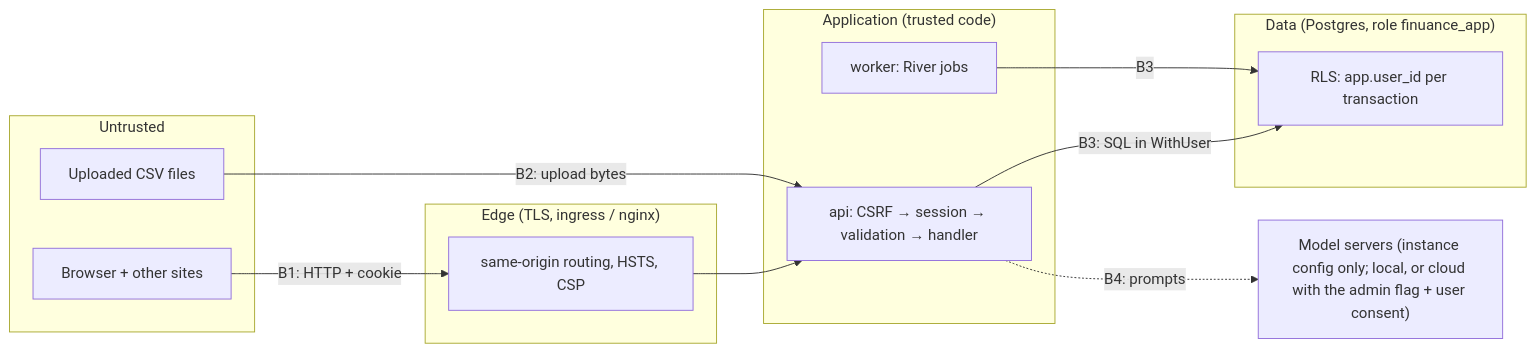
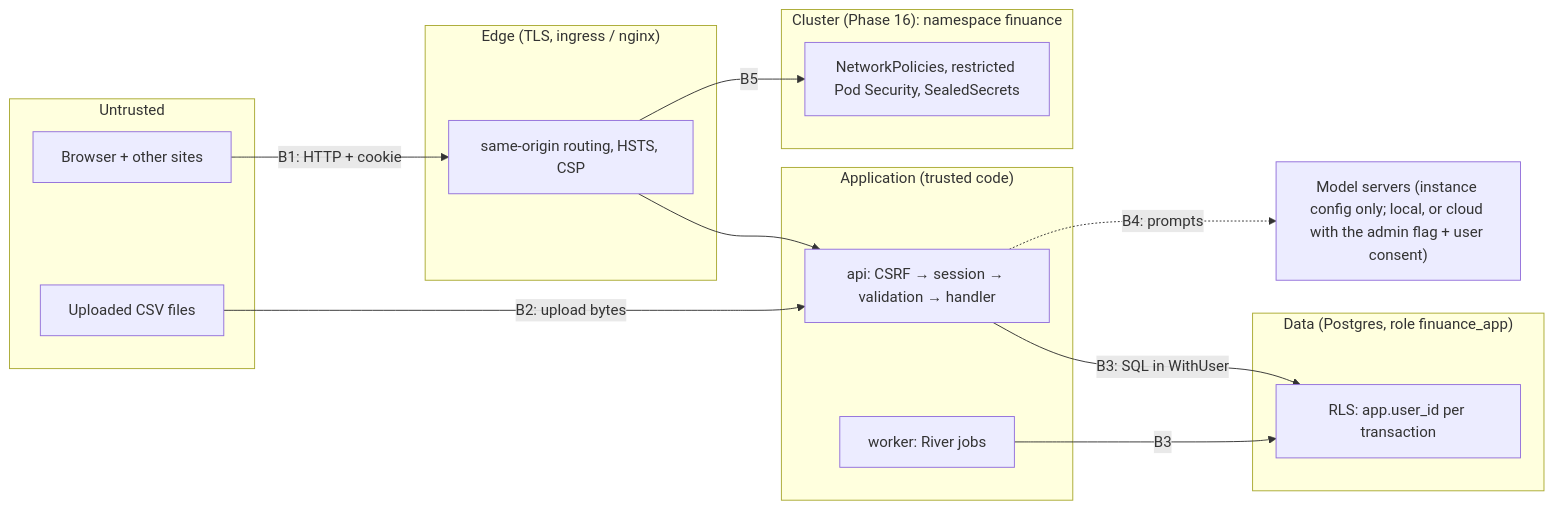
Before and after one commit to x2db736ac85h/Finuance: the diagram in docs/THREAT-MODEL.md, drawn with Mermaid. The commit also changed other lines of this file and 4 other files, not shown here.

````diff
--- a/docs/THREAT-MODEL.md
+++ b/docs/THREAT-MODEL.md
@@ -33,24 +33,28 @@
 ```mermaid
 flowchart LR
     subgraph untrusted["Untrusted"]
         browser["Browser + other sites"]
         files["Uploaded CSV files"]
     end
     subgraph edge["Edge (TLS, ingress / nginx)"]
         ingress["same-origin routing, HSTS, CSP"]
     end
     subgraph app["Application (trusted code)"]
         api["api: CSRF → session → validation → handler"]
         worker["worker: River jobs"]
     end
     subgraph data["Data (Postgres, role finuance_app)"]
         rls["RLS: app.user_id per transaction"]
     end
     llm["Model servers (instance config only; local, or cloud with the admin flag + user consent)"]
 
     browser -- "B1: HTTP + cookie" --> ingress --> api
     files -- "B2: upload bytes" --> api
     api -- "B3: SQL in WithUser" --> rls
     worker -- "B3" --> rls
     api -. "B4: prompts" .-> llm
+    subgraph cluster["Cluster (Phase 16): namespace finuance"]
+        policies["NetworkPolicies, restricted Pod Security, SealedSecrets"]
+    end
+    ingress -- "B5" --> policies
 ```
````
